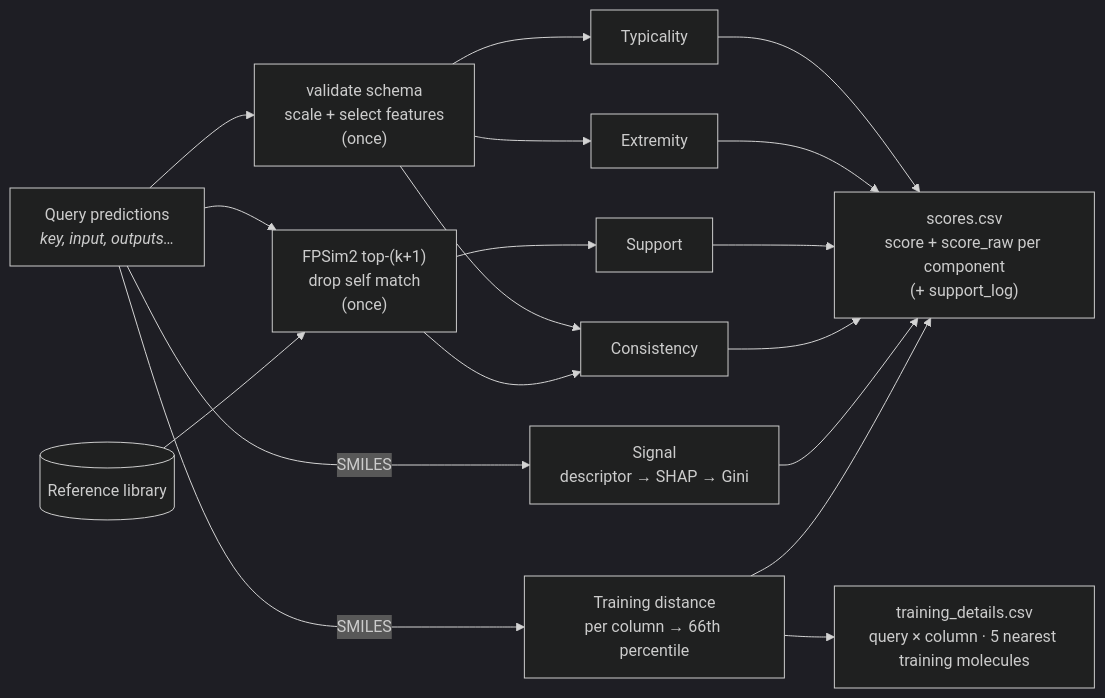
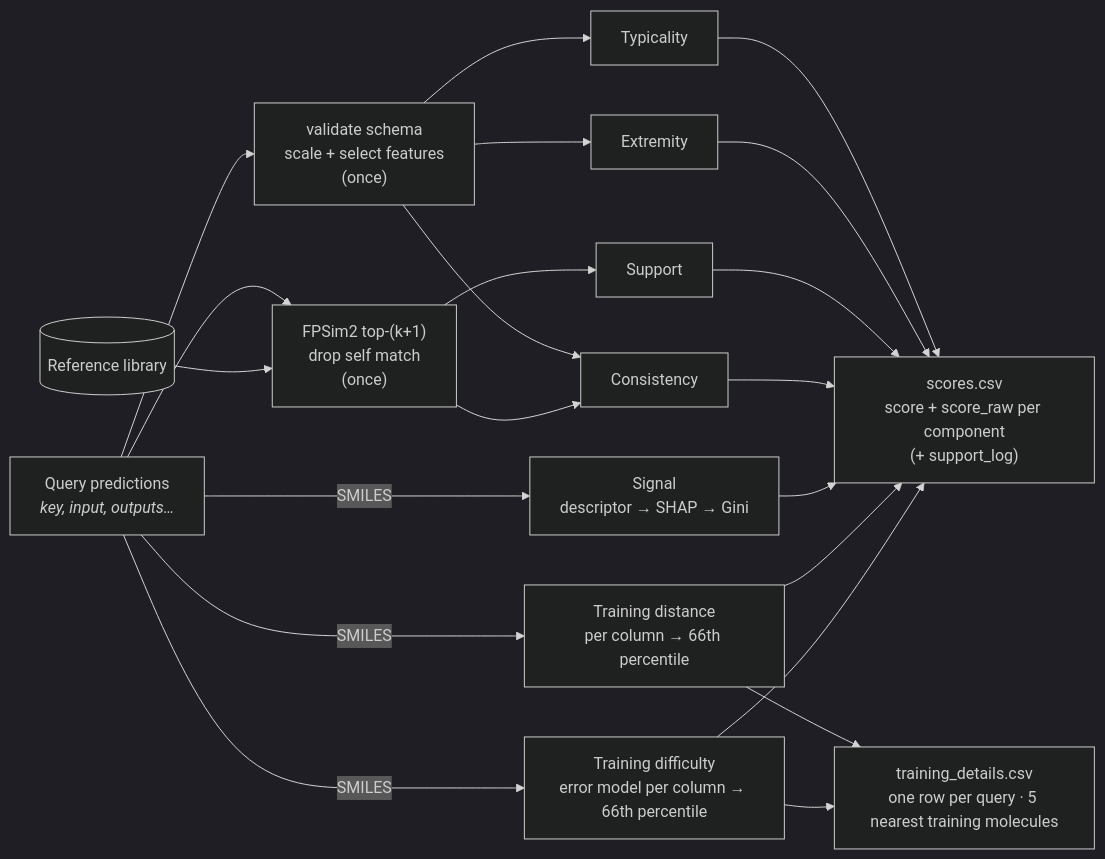
Before and after one commit to ersilia-os/eosquality: the third of 3 diagrams in docs/diagram.md, drawn with Mermaid (dark theme). The commit also changed other lines of this file and 37 other files, not shown here.

````diff
--- a/docs/diagram.md
+++ b/docs/diagram.md
@@ -36,12 +37,13 @@
 ```mermaid
 flowchart LR
     Q["Query predictions<br/><i>key, input, outputs…</i>"] --> SCALE["validate schema<br/>scale + select features<br/>(once)"]
     Q --> FPQ["FPSim2 top-(k+1)<br/>drop self match<br/>(once)"]
     LIB[("Reference library")] --> FPQ
     SCALE --> TYP[Typicality] & EXT[Extremity] & CON[Consistency]
     FPQ --> SUP[Support] & CON
     Q -- SMILES --> SIG["Signal<br/>descriptor → SHAP → Gini"]
     Q -- SMILES --> TDR["Training distance<br/>per column → 66th percentile"]
-    TDR --> DET["training_details.csv<br/>query × column · 5 nearest training molecules"]
-    TYP & EXT & SUP & CON & SIG & TDR --> OUT["scores.csv<br/>score + score_raw per component<br/>(+ support_log)"]
+    Q -- SMILES --> TDF["Training difficulty<br/>error model per column → 66th percentile"]
+    TDR & TDF --> DET["training_details.csv<br/>one row per query · 5 nearest training molecules"]
+    TYP & EXT & SUP & CON & SIG & TDR & TDF --> OUT["scores.csv<br/>score + score_raw per component<br/>(+ support_log)"]
 ```
````
